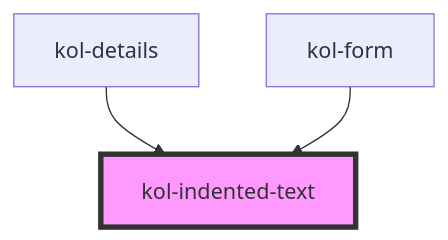
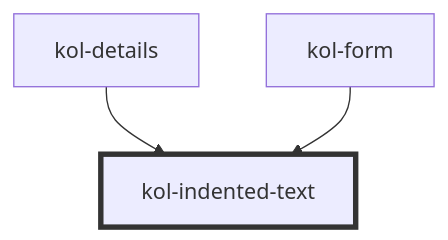
One commit to public-ui/kolibri changed the diagram in packages/components/src/components/indented-text/readme.md. Above: the diagram before and after it, drawn with Mermaid. The commit also changed 40 other files, not shown here.

````diff
--- a/packages/components/src/components/indented-text/readme.md
+++ b/packages/components/src/components/indented-text/readme.md
@@ -55,6 +55,6 @@
 ```mermaid
 graph TD;
   kol-details --> kol-indented-text
   kol-form --> kol-indented-text
-  style kol-indented-text fill:#f9f,stroke:#333,stroke-width:4px
+  style kol-indented-text stroke:#333,stroke-width:4px
 ```
````
